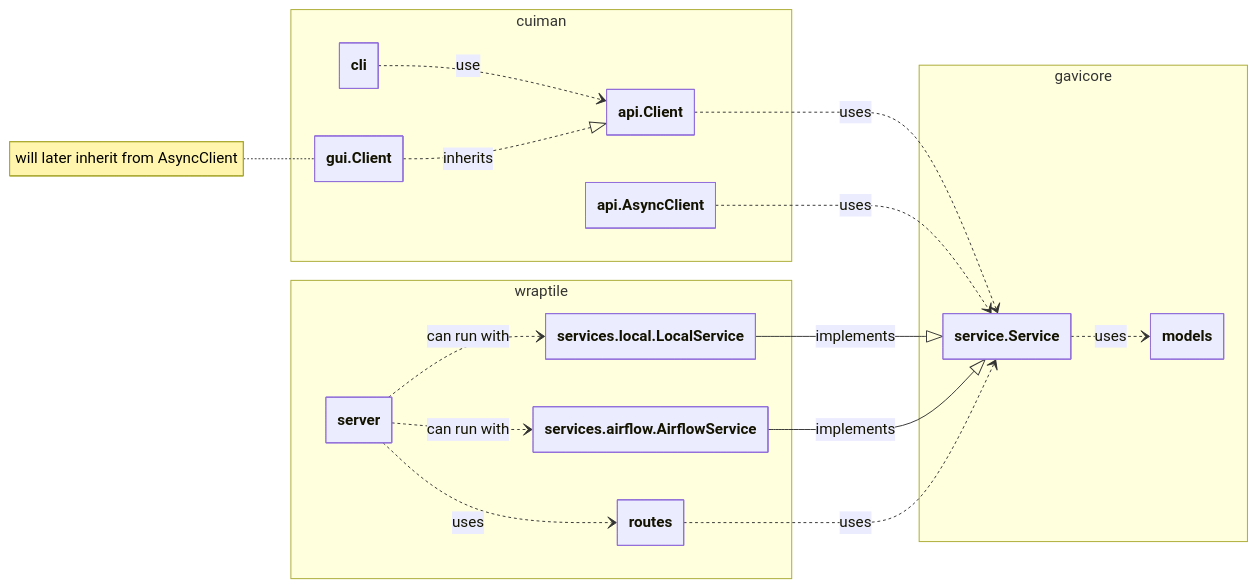
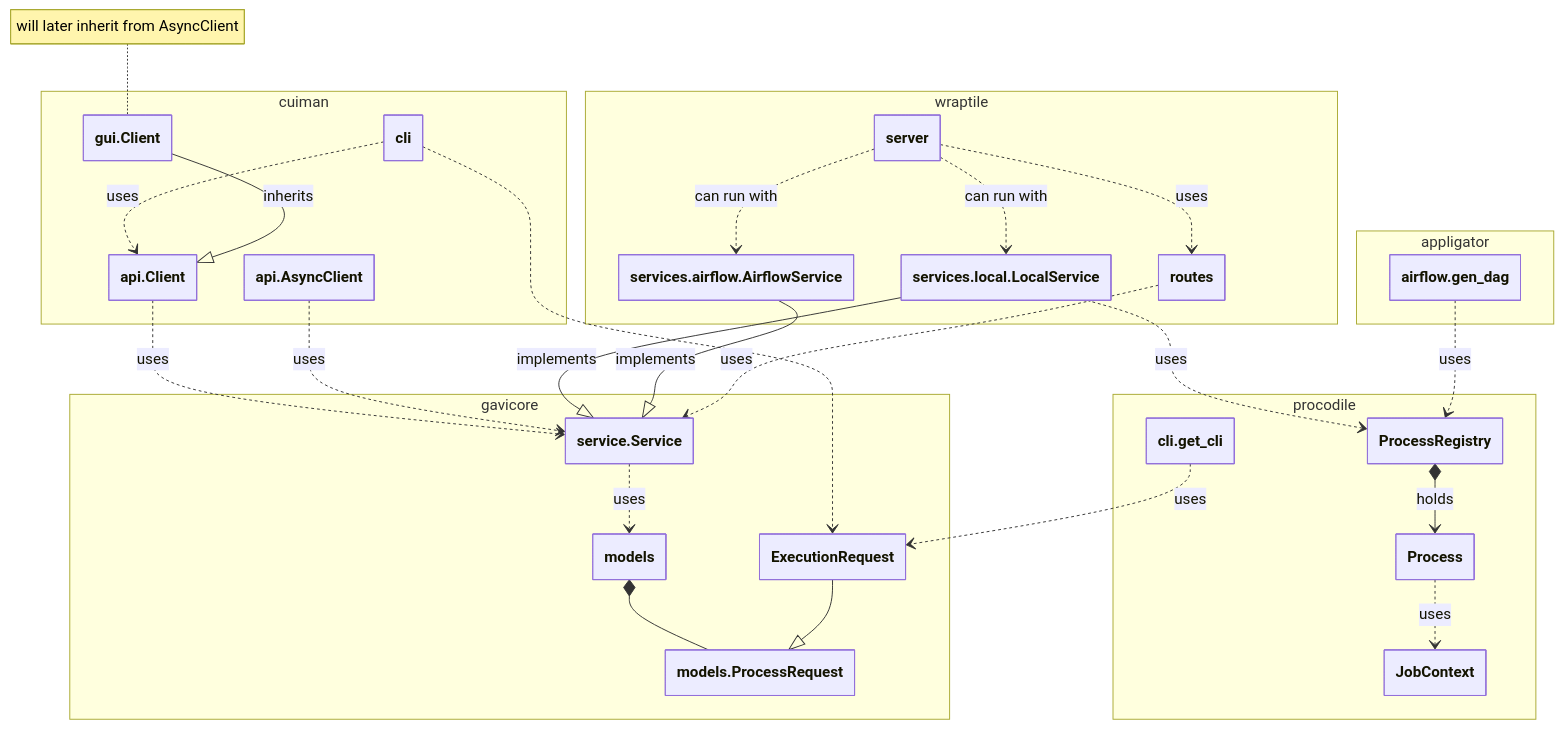
The second of 7 diagrams in docs/architecture.md (eo-tools/eozilla), drawn with Mermaid before and after one commit. The commit also changed other lines of this file and 9 other files, not shown here.

Commit message:
Started 0.0.8.dev; updated architecture diagrams; added `click` as dependency to `gavicore`

````diff
--- a/docs/architecture.md
+++ b/docs/architecture.md
@@ -8,40 +40,60 @@
 ```mermaid
 ---
 config:
     class:
         hideEmptyMembersBox: true
     theme: default
 ---
 classDiagram
-direction LR
+    direction TD
     namespace cuiman {
         class api.AsyncClient
         class api.Client
         class gui.Client
         class cli
     }
     namespace gavicore {
         class models
         class service.Service
+        class models.ProcessRequest
+        class ExecutionRequest
     }
     namespace wraptile {
         class server
         class routes
         class services.local.LocalService
         class services.airflow.AirflowService
     }
+    namespace procodile {
+        class JobContext
+        class Process
+        class ProcessRegistry
+        class cli.get_cli
+    }
+    namespace appligator {
+        class airflow.gen_dag
+    }
 
-    cli ..> api.Client : use
-    gui.Client ..|> api.Client : inherits
+    cli ..> api.Client : uses
+    cli ..> ExecutionRequest
+    gui.Client --|> api.Client : inherits
     api.Client ..> service.Service : uses
     api.AsyncClient ..> service.Service : uses
     service.Service ..> models : uses
     services.local.LocalService --|> service.Service : implements
     services.airflow.AirflowService --|> service.Service : implements
     routes ..> service.Service : uses
     server ..> routes : uses
     server ..> services.local.LocalService : can run with
     server ..> services.airflow.AirflowService : can run with
+    services.local.LocalService ..> ProcessRegistry : uses
+    airflow.gen_dag ..> ProcessRegistry : uses
+    ProcessRegistry *--> Process: holds
+    Process ..> JobContext : uses
+    cli.get_cli ..> ExecutionRequest : uses
+    models *-- models.ProcessRequest
+    ExecutionRequest --|> models.ProcessRequest
     
     note for gui.Client "will later inherit from AsyncClient"
+
 ```
````
